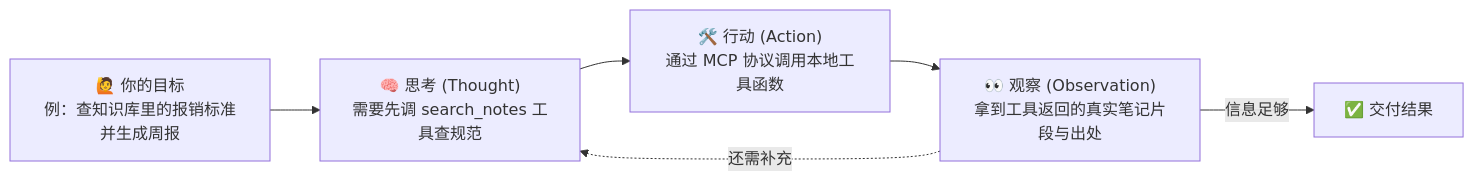
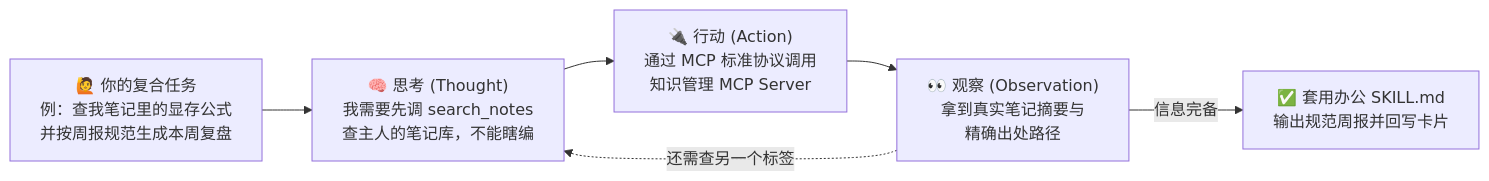
One commit to datawhalechina/hello-rocm changed the first of 2 diagrams in docs/zh/04-mcp-and-skills/index.md. Above: the diagram before and after it, drawn with Mermaid. The commit also changed other lines of this file and 26 other files, not shown here.

````diff
--- a/docs/zh/04-mcp-and-skills/index.md
+++ b/docs/zh/04-mcp-and-skills/index.md
@@ -11,8 +19,8 @@
 ```mermaid
 flowchart LR
-    U["🙋 你的目标<br/>例：查知识库里的报销标准并生成周报"] --> T["🧠 思考 (Thought)<br/>需要先调 search_notes 工具查规范"]
-    T --> A["🛠️ 行动 (Action)<br/>通过 MCP 协议调用本地工具函数"]
-    A --> O["👀 观察 (Observation)<br/>拿到工具返回的真实笔记片段与出处"]
-    O -->|"信息足够"| R["✅ 交付结果"]
-    O -.->|"还需补充"| T
+    U["🙋 你的复合任务<br/>例：查我笔记里的显存公式<br/>并按周报规范生成本周复盘"] --> T["🧠 思考 (Thought)<br/>我需要先调 search_notes<br/>查主人的笔记库，不能瞎编"]
+    T --> A["🔌 行动 (Action)<br/>通过 MCP 标准协议调用<br/>知识管理 MCP Server"]
+    A --> O["👀 观察 (Observation)<br/>拿到真实笔记摘要与<br/>精确出处路径"]
+    O -->|"信息完备"| R["✅ 套用办公 SKILL.md<br/>输出规范周报并回写卡片"]
+    O -.->|"还需查另一个标签"| T
 ```
````
